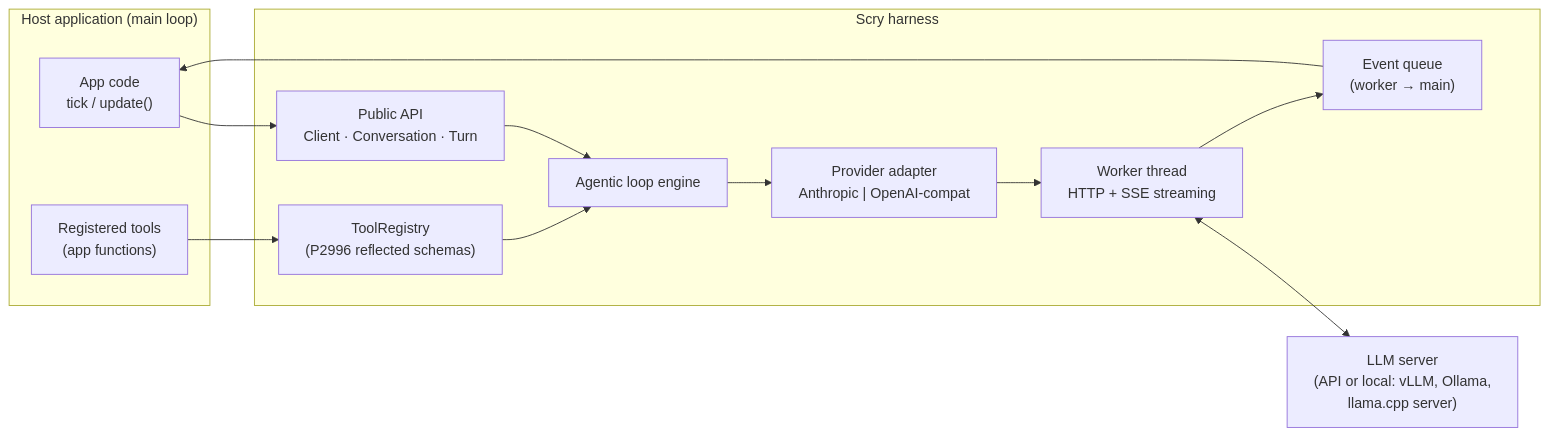
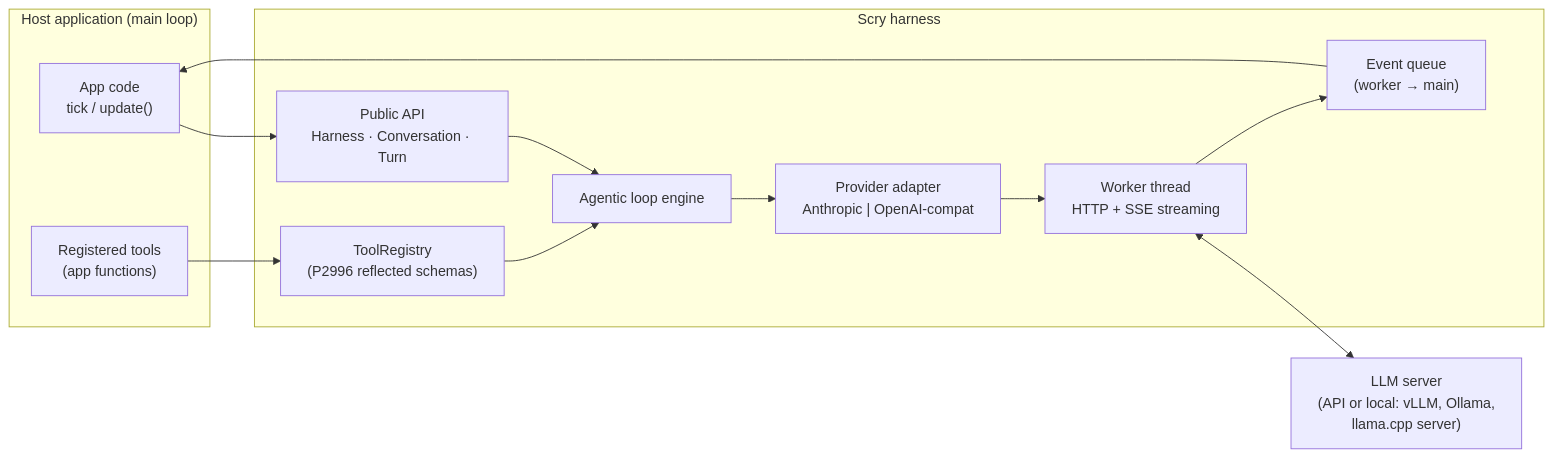
Before and after one commit to crybo-rybo/scry: the first of 3 diagrams in DESIGN.md, drawn with Mermaid. The commit also changed other lines of this file and 38 other files, not shown here.

````diff
--- a/DESIGN.md
+++ b/DESIGN.md
@@ -91,23 +102,23 @@
 ```mermaid
 graph LR
     subgraph App["Host application (main loop)"]
         MAIN["App code<br/>tick / update()"]
         TOOLS["Registered tools<br/>(app functions)"]
     end
 
     subgraph Scry["Scry harness"]
-        API["Public API<br/>Client · Conversation · Turn"]
+        API["Public API<br/>Harness · Conversation · Turn"]
         REG["ToolRegistry<br/>(P2996 reflected schemas)"]
         LOOP["Agentic loop engine"]
         Q["Event queue<br/>(worker → main)"]
         PROV["Provider adapter<br/>Anthropic | OpenAI-compat"]
         NET["Worker thread<br/>HTTP + SSE streaming"]
     end
 
     LLM["LLM server<br/>(API or local: vLLM, Ollama,<br/>llama.cpp server)"]
 
     MAIN --> API --> LOOP
     TOOLS --> REG --> LOOP
     LOOP --> PROV --> NET <--> LLM
     NET --> Q --> MAIN
 ```
````
